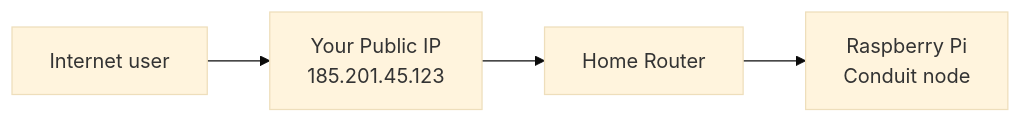
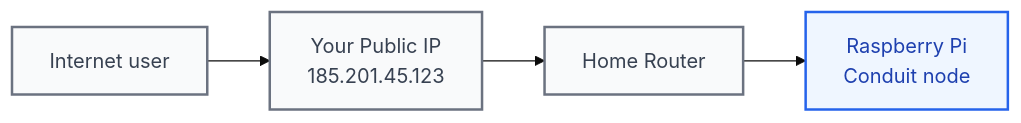
Before and after one commit to kiavash599/conduit-control-center: the diagram in docs/diagrams/source/dgm-04-network-public-ip-conduit.mmd, drawn with Mermaid (base theme). The commit also changed other lines of this file and 36 other files, not shown here.

Commit message:
docs: add networking chapter diagrams

```diff
--- a/docs/diagrams/source/dgm-04-network-public-ip-conduit.mmd
+++ b/docs/diagrams/source/dgm-04-network-public-ip-conduit.mmd
@@ -1,3 +1,11 @@
-%% DGM-04 network-public-ip-conduit — a remote user reaches your Conduit node via your public IP
+%% DGM-04 network-public-ip-conduit - a remote user reaches your Conduit node via your public IP
 flowchart LR
   U[Internet user] --> PUB[Your Public IP<br/>185.201.45.123] --> R[Home Router] --> Pi[Raspberry Pi<br/>Conduit node]
+
+  classDef primary fill:#EFF6FF,stroke:#2563EB,color:#1E40AF,stroke-width:2px;
+  classDef neutral fill:#F9FAFB,stroke:#6B7280,color:#374151,stroke-width:2px;
+  classDef success fill:#F0FDF4,stroke:#16A34A,color:#166534,stroke-width:2px;
+  classDef warning fill:#FFFBEB,stroke:#D97706,color:#92400E,stroke-width:2px;
+  classDef danger  fill:#FEF2F2,stroke:#DC2626,color:#991B1B,stroke-width:2px;
+  class Pi primary;
+  class U,PUB,R neutral;
```
